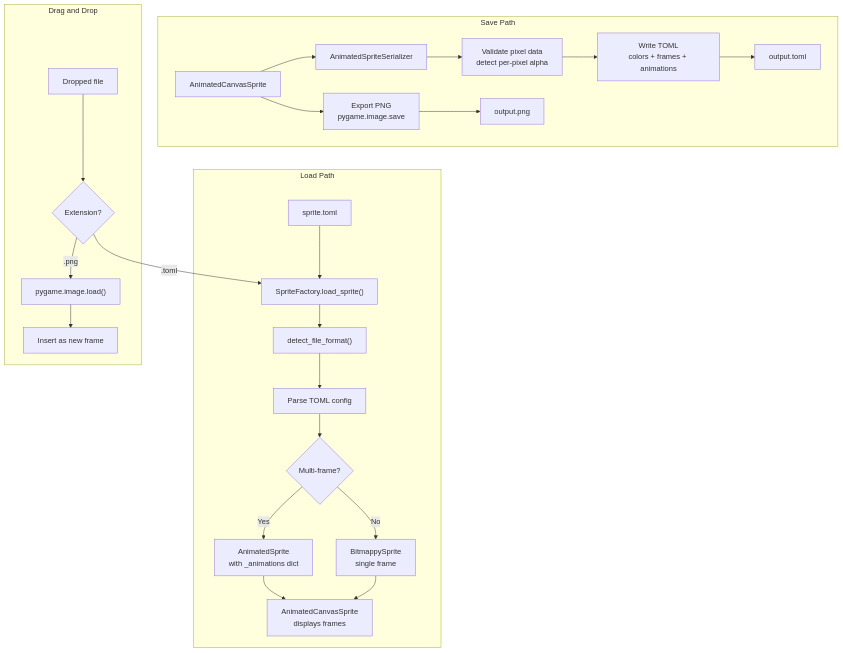
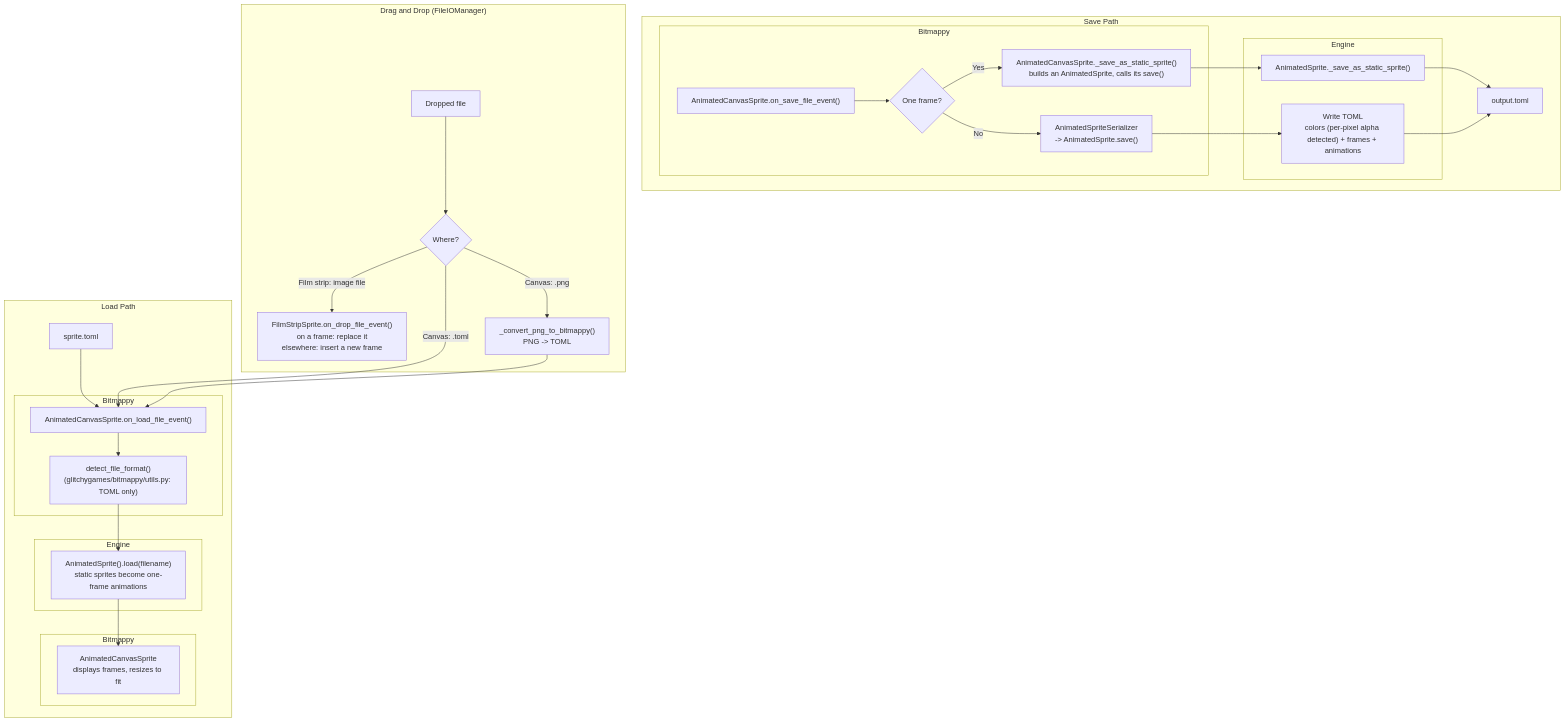
One commit to terrysimons/glitchygames changed the ninth of 10 diagrams in docs/architecture/bitmappy.md. Above: the diagram before and after it, drawn with Mermaid. The commit also changed other lines of this file and 571 other files, not shown here.

````diff
--- a/docs/architecture/bitmappy.md
+++ b/docs/architecture/bitmappy.md
@@ -272,30 +423,44 @@
 ```mermaid
 flowchart TD
     subgraph Load["Load Path"]
-        FILE_IN["sprite.toml"] --> SF["SpriteFactory.load_sprite()"]
-        SF --> DETECT["detect_file_format()"]
-        DETECT --> PARSE["Parse TOML config"]
-        PARSE --> DECIDE{"Multi-frame?"}
-        DECIDE -->|Yes| AS["AnimatedSprite\nwith _animations dict"]
-        DECIDE -->|No| BS["BitmappySprite\nsingle frame"]
-        AS --> CANVAS_L["AnimatedCanvasSprite\ndisplays frames"]
-        BS --> CANVAS_L
+        FILE_IN["sprite.toml"]
+        subgraph APP_LOAD["Bitmappy"]
+            CLOAD["AnimatedCanvasSprite.on_load_file_event()"]
+            CLOAD --> DETECT["detect_file_format()\n(glitchygames/bitmappy/utils.py: TOML only)"]
+        end
+        subgraph ENGINE_LOAD["Engine"]
+            AS["AnimatedSprite().load(filename)\nstatic sprites become one-frame animations"]
+        end
+        subgraph APP_LOAD_DISPLAY["Bitmappy"]
+            CANVAS_L["AnimatedCanvasSprite\ndisplays frames, resizes to fit"]
+        end
+        FILE_IN --> CLOAD
+        DETECT --> AS
+        AS --> CANVAS_L
     end
 
     subgraph Save["Save Path"]
-        CANVAS_SAVE["AnimatedCanvasSprite"] --> SER["AnimatedSpriteSerializer"]
-        SER --> VALIDATE["Validate pixel data\ndetect per-pixel alpha"]
-        VALIDATE --> WRITE_TOML["Write TOML\ncolors + frames + animations"]
-        WRITE_TOML --> FILE_OUT["output.toml"]
-
-        CANVAS_SAVE --> PNG["Export PNG\npygame.image.save"]
-        PNG --> FILE_PNG["output.png"]
+        subgraph APP_SAVE["Bitmappy"]
+            CANVAS_SAVE["AnimatedCanvasSprite.on_save_file_event()"] --> DECIDE{"One frame?"}
+            DECIDE -->|No| SER["AnimatedSpriteSerializer\n-> AnimatedSprite.save()"]
+            DECIDE -->|Yes| CANVAS_STATIC["AnimatedCanvasSprite._save_as_static_sprite()\nbuilds an AnimatedSprite, calls its save()"]
+        end
+        subgraph ENGINE_SAVE["Engine"]
+            STATIC["AnimatedSprite._save_as_static_sprite()"]
+            WRITE_TOML["Write TOML\ncolors (per-pixel alpha detected) + frames + animations"]
+        end
+        CANVAS_STATIC --> STATIC
+        SER --> WRITE_TOML
+        FILE_OUT["output.toml"]
+        STATIC --> FILE_OUT
+        WRITE_TOML --> FILE_OUT
     end
 
-    subgraph DragDrop["Drag and Drop"]
-        DROP_FILE["Dropped file"] --> EXT{"Extension?"}
-        EXT -->|".toml"| SF
-        EXT -->|".png"| PNG_LOAD["pygame.image.load()"]
-        PNG_LOAD --> NEW_FRAME["Insert as new frame"]
+    subgraph DragDrop["Drag and Drop (FileIOManager)"]
+        DROP_FILE["Dropped file"] --> WHERE{"Where?"}
+        WHERE -->|"Film strip: image file"| FS_DROP["FilmStripSprite.on_drop_file_event()\non a frame: replace it\nelsewhere: insert a new frame"]
+        WHERE -->|"Canvas: .toml"| CLOAD
+        WHERE -->|"Canvas: .png"| CONVERT["_convert_png_to_bitmappy()\nPNG -> TOML"]
+        CONVERT --> CLOAD
     end
 ```
````
